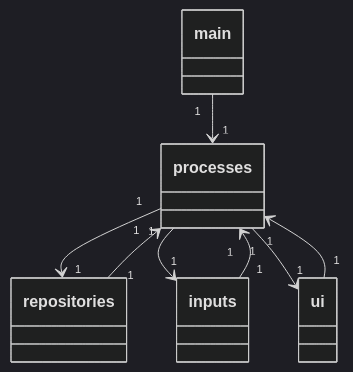
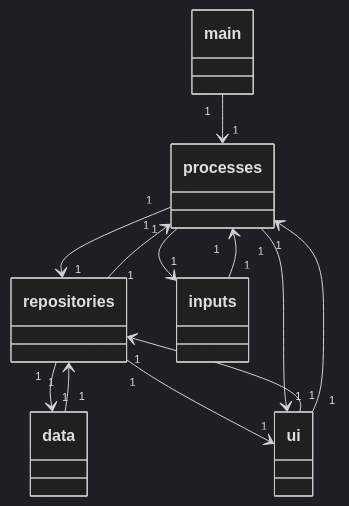
One commit to platipus82/ot-harjoitustyo changed the first of 3 diagrams in dokumentaatio/arkkitehtuuri.MD. Above: the diagram before and after it, drawn with Mermaid (dark theme).

````diff
--- a/dokumentaatio/arkkitehtuuri.MD
+++ b/dokumentaatio/arkkitehtuuri.MD
@@ -8,31 +8,33 @@
 ```mermaid
 classDiagram
     main "1" --> "1" processes 
     processes "1" --> "1" repositories 
     repositories "1" --> "1" processes 
+    repositories "1" --> "1" data
+    data "1" --> "1" repositories 
+    ui "1" --> "1" repositories 
+    repositories "1" --> "1" ui
     processes "1" --> "1" inputs 
     inputs "1" --> "1" processes 
     ui "1" --> "1" processes 
     processes "1" --> "1" ui 
 
 
     class processes{
-    
     }
     
     class repositories{ 
-    
     }
     
     class inputs{ 
-    
     }
     
     class ui{ 
-    
     }
     
     class main{ 
-    
+    }
+
+    class data{
     }
 ```
````
